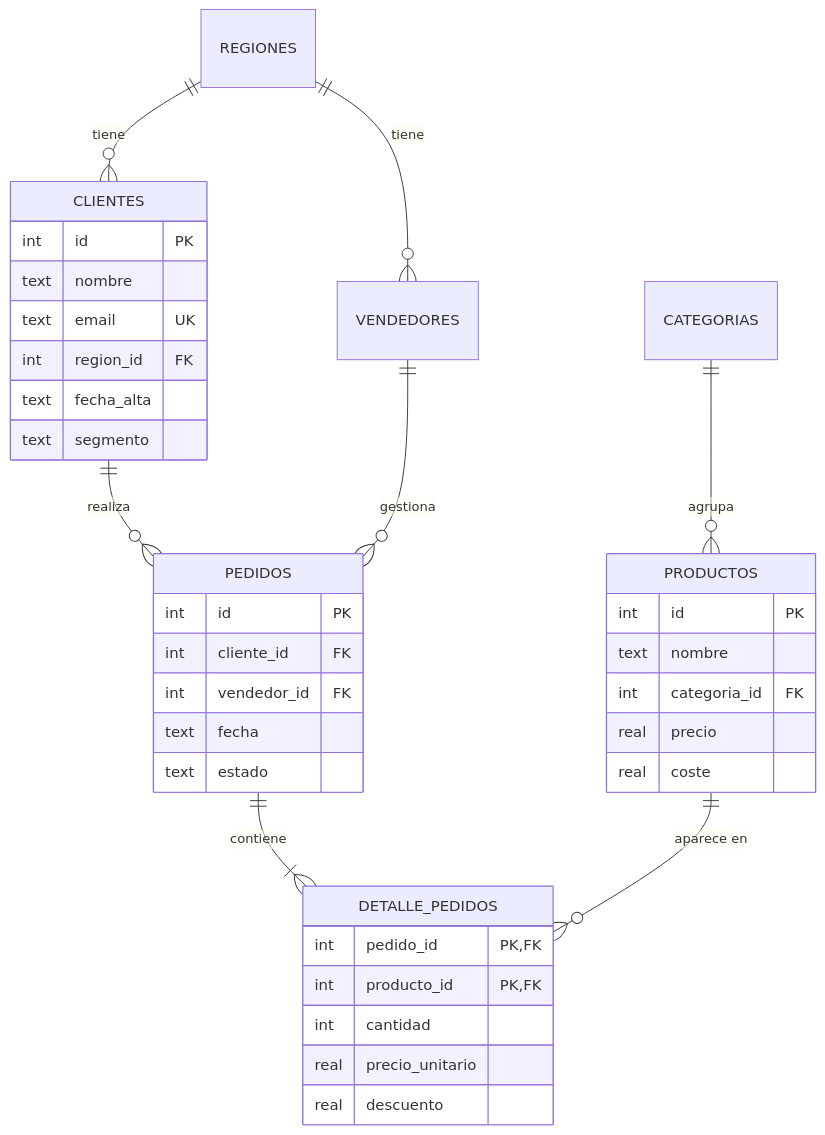
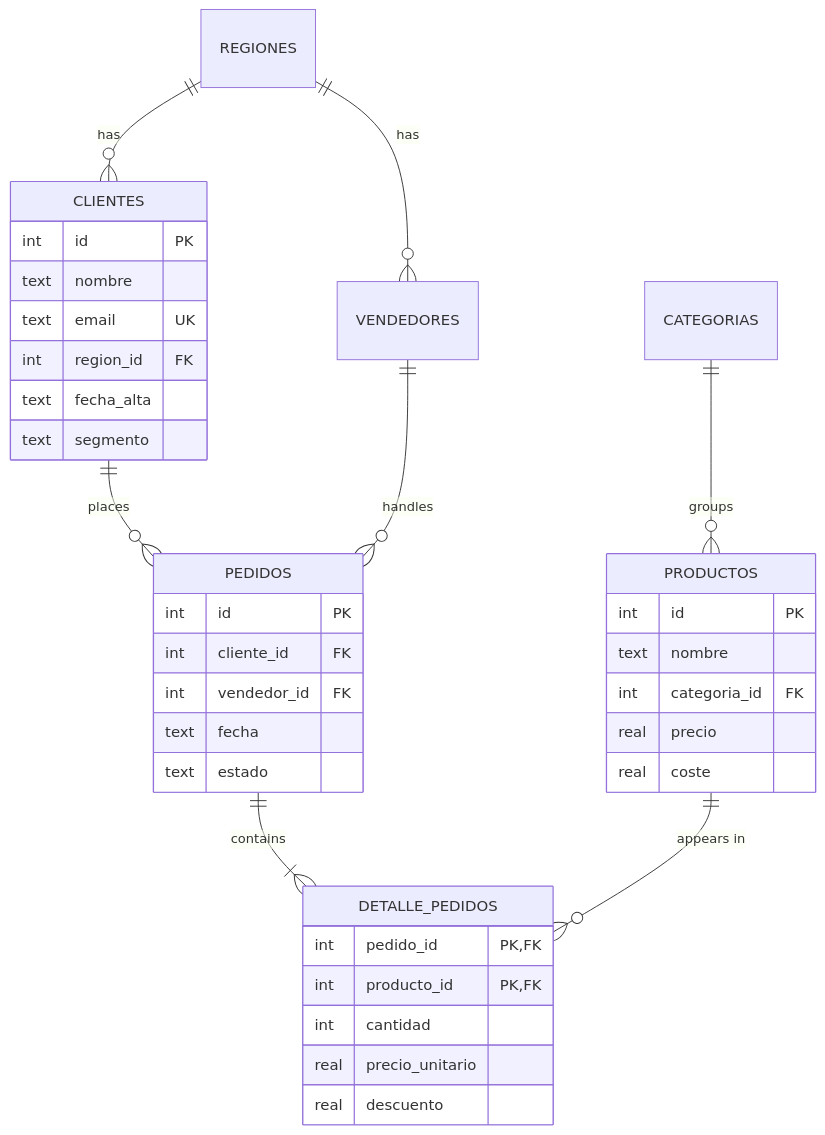
One commit to tcpalbertvaldivia1993-lang/sistema-ventas changed the diagram in README.md. Above: the diagram before and after it, drawn with Mermaid. The commit also changed other lines of this file and 1 other file, not shown here.

````diff
--- a/README.md
+++ b/README.md
@@ -23,32 +27,32 @@
 ```mermaid
 erDiagram
-    REGIONES   ||--o{ CLIENTES        : "tiene"
-    REGIONES   ||--o{ VENDEDORES      : "tiene"
-    CATEGORIAS ||--o{ PRODUCTOS       : "agrupa"
-    CLIENTES   ||--o{ PEDIDOS         : "realiza"
-    VENDEDORES ||--o{ PEDIDOS         : "gestiona"
-    PEDIDOS    ||--|{ DETALLE_PEDIDOS : "contiene"
-    PRODUCTOS  ||--o{ DETALLE_PEDIDOS : "aparece en"
+    REGIONES   ||--o{ CLIENTES        : "has"
+    REGIONES   ||--o{ VENDEDORES      : "has"
+    CATEGORIAS ||--o{ PRODUCTOS       : "groups"
+    CLIENTES   ||--o{ PEDIDOS         : "places"
+    VENDEDORES ||--o{ PEDIDOS         : "handles"
+    PEDIDOS    ||--|{ DETALLE_PEDIDOS : "contains"
+    PRODUCTOS  ||--o{ DETALLE_PEDIDOS : "appears in"
 
     CLIENTES { int id PK
                text nombre
                text email UK
                int region_id FK
                text fecha_alta
                text segmento }
     PRODUCTOS { int id PK
                 text nombre
                 int categoria_id FK
                 real precio
                 real coste }
     PEDIDOS { int id PK
               int cliente_id FK
               int vendedor_id FK
               text fecha
               text estado }
     DETALLE_PEDIDOS { int pedido_id PK,FK
                       int producto_id PK,FK
                       int cantidad
                       real precio_unitario
                       real descuento }
 ```
````
